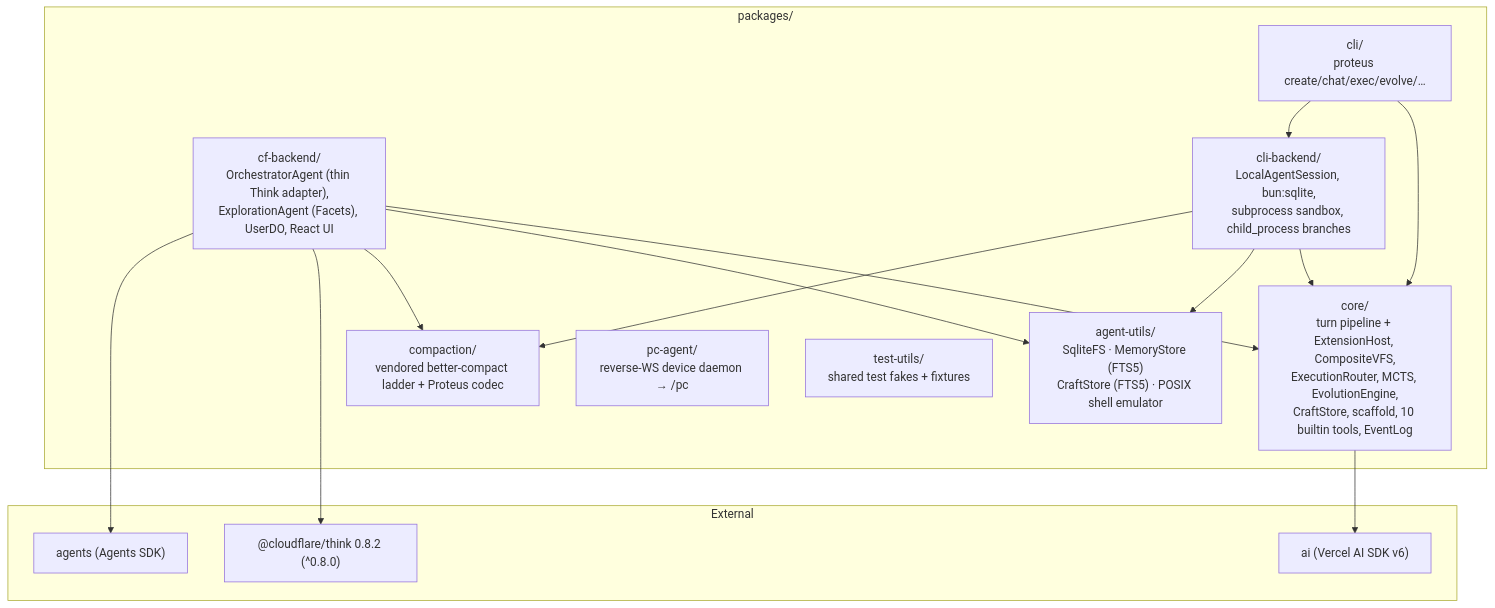
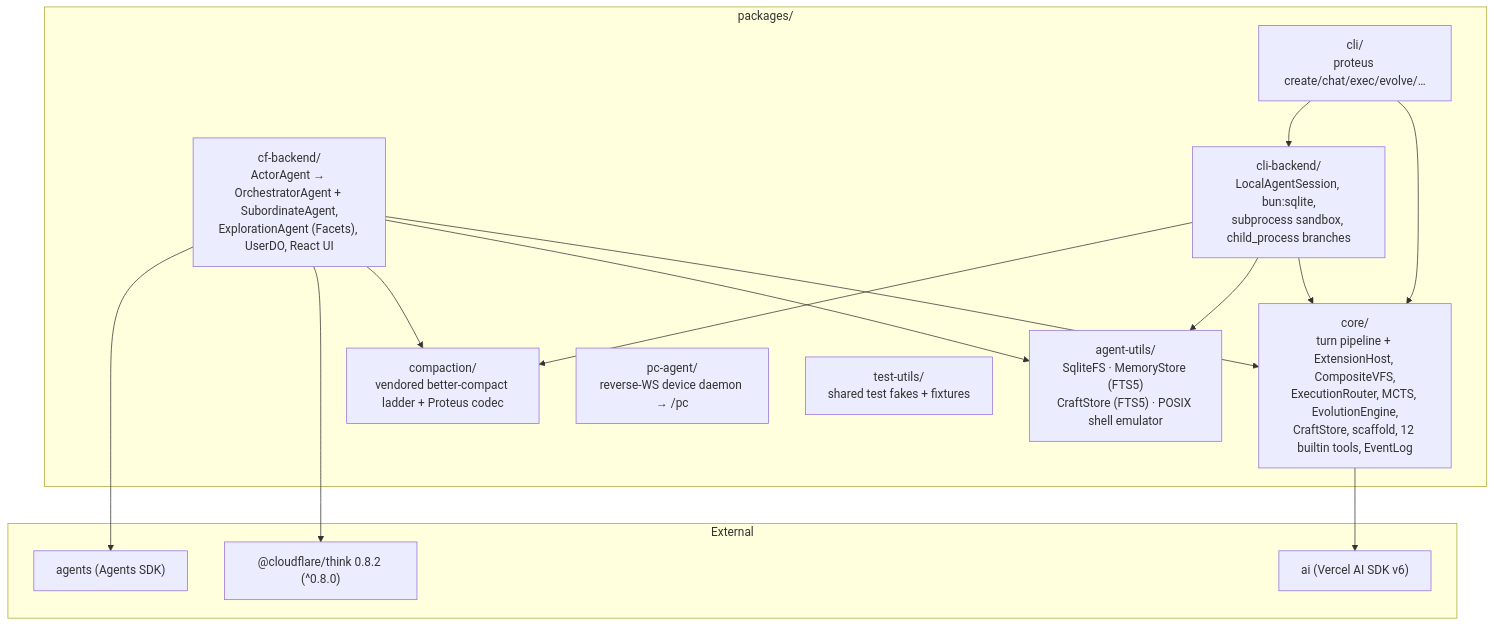
Before and after one commit to AshishKumar4/Proteus: the fifth of 5 diagrams in docs/ARCHITECTURE.md, drawn with Mermaid. The commit also changed other lines of this file and 16 other files, not shown here.

````diff
--- a/docs/ARCHITECTURE.md
+++ b/docs/ARCHITECTURE.md
@@ -224,32 +320,32 @@
 ```mermaid
 graph TB
     subgraph pkgs["packages/"]
-        Core["core/<br/>turn pipeline + ExtensionHost, CompositeVFS,<br/>ExecutionRouter, MCTS, EvolutionEngine,<br/>CraftStore, scaffold, 10 builtin tools, EventLog"]
+        Core["core/<br/>turn pipeline + ExtensionHost, CompositeVFS,<br/>ExecutionRouter, MCTS, EvolutionEngine,<br/>CraftStore, scaffold, 12 builtin tools, EventLog"]
         Utils["agent-utils/<br/>SqliteFS · MemoryStore (FTS5)<br/>CraftStore (FTS5) · POSIX shell emulator"]
         Compact["compaction/<br/>vendored better-compact ladder + Proteus codec"]
-        CF["cf-backend/<br/>OrchestratorAgent (thin Think adapter),<br/>ExplorationAgent (Facets), UserDO, React UI"]
+        CF["cf-backend/<br/>ActorAgent → OrchestratorAgent + SubordinateAgent,<br/>ExplorationAgent (Facets), UserDO, React UI"]
         CLI["cli/<br/>proteus create/chat/exec/evolve/…"]
         CLIB["cli-backend/<br/>LocalAgentSession, bun:sqlite,<br/>subprocess sandbox, child_process branches"]
         PC["pc-agent/<br/>reverse-WS device daemon → /pc"]
         TU["test-utils/<br/>shared test fakes + fixtures"]
     end
 
     CF --> Core
     CF --> Utils
     CF --> Compact
     CLI --> Core
     CLI --> CLIB
     CLIB --> Core
     CLIB --> Utils
     CLIB --> Compact
 
     subgraph ext["External"]
         Think["@cloudflare/think 0.8.2 (^0.8.0)"]
         Agents["agents (Agents SDK)"]
         AISDK["ai (Vercel AI SDK v6)"]
     end
 
     CF --> Think
     CF --> Agents
     Core --> AISDK
 ```
````
